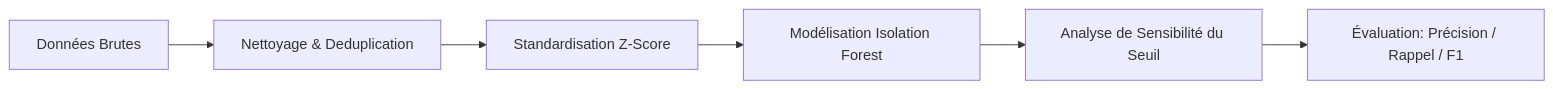
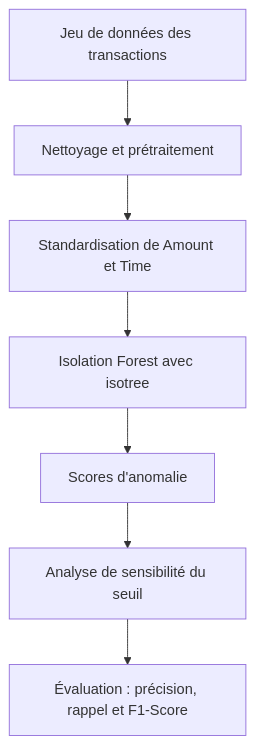
One commit to amina-mir/Banking_Fraud_Detection changed the diagram in readme.md. Above: the diagram before and after it, drawn with Mermaid. The commit also changed other lines of this file, not shown here.

````diff
--- a/readme.md
+++ b/readme.md
@@ -41,8 +58,9 @@
 ```mermaid
-flowchart LR
-    A[Données Brutes] --> B[Nettoyage & Deduplication]
-    B --> C[Standardisation Z-Score]
-    C --> D[Modélisation Isolation Forest]
-    D --> E[Analyse de Sensibilité du Seuil]
-    E --> F[Évaluation: Précision / Rappel / F1]
+flowchart TD
+    A[Jeu de données des transactions] --> B[Nettoyage et prétraitement]
+    B --> C[Standardisation de Amount et Time]
+    C --> D[Isolation Forest avec isotree]
+    D --> E[Scores d'anomalie]
+    E --> F[Analyse de sensibilité du seuil]
+    F --> G[Évaluation : précision, rappel et F1-Score]
 ```
````
